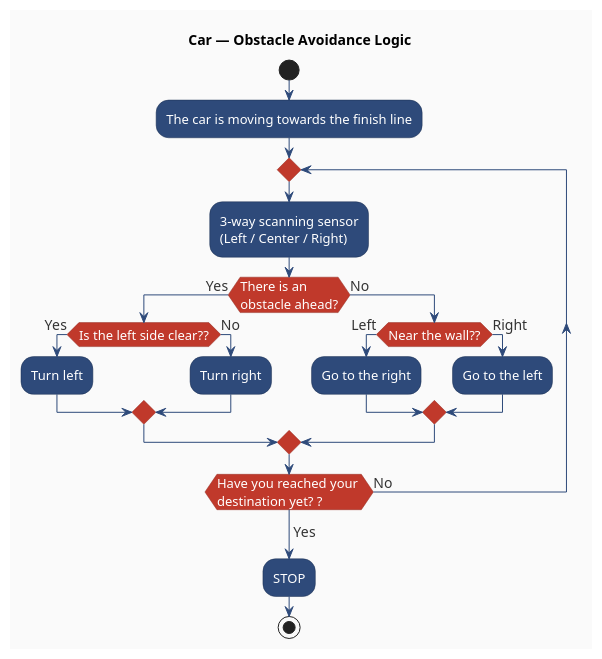
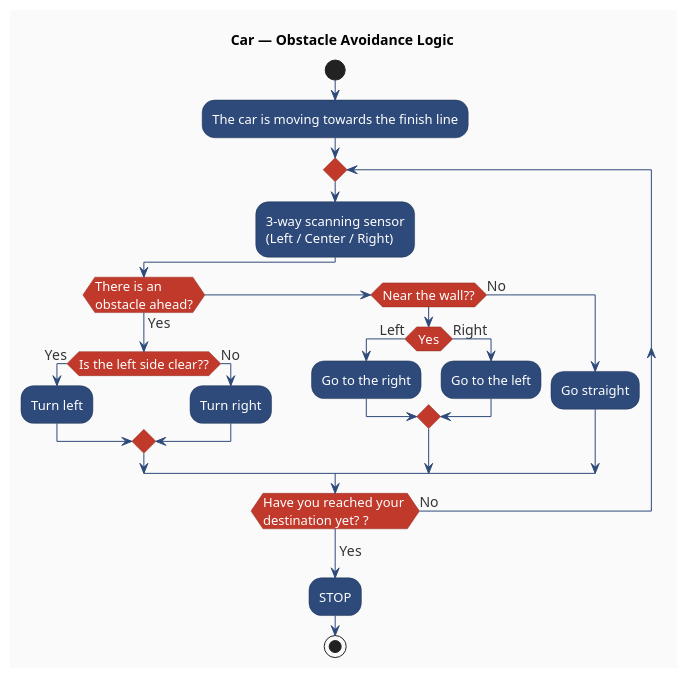
The diagram in Obstacle_Avoidance.puml (NgHuuThuc07/Project_Python_Programming_2), drawn with PlantUML before and after one commit. The commit also changed 1 other file, not shown here.

```diff
--- a/Obstacle_Avoidance.puml
+++ b/Obstacle_Avoidance.puml
@@ -1,59 +1,61 @@
 @startuml Obstacle_Avoidance
 
 title Car — Obstacle Avoidance Logic
 
 skinparam defaultFontName Arial
 skinparam defaultFontSize 14
 skinparam backgroundColor #FAFAFA
 
 skinparam activity {
   BackgroundColor #2E4A7A
   BorderColor #1a2e50
   FontColor #FFFFFF
   FontSize 13
   ArrowColor #2E4A7A
   ArrowFontColor #333333
   DiamondBackgroundColor #c0392b
   DiamondBorderColor #922b21
   DiamondFontColor #FFFFFF
 }
 
 skinparam startColor #27ae60
 skinparam endColor #c0392b
 
 start
 
 :The car is moving towards the finish line;
 
 repeat
 
   :3-way scanning sensor\n(Left / Center / Right);
     if (There is an \nobstacle ahead?) then (Yes)
 
       if (Is the left side clear??) then (Yes)
 
         :Turn left;
 
       else (No)
 
         :Turn right;
       endif
     
-    else (No)
-        if (Near the wall??) then (Left)
+    elseif (Near the wall??)
+        if (Yes) then (Left)
           :Go to the right;
         else (Right)
           :Go to the left;
         endif
+    else(No)
+      :Go straight;
     endif
   
 
 repeat while (Have you reached your \ndestination yet? ?) is (No)
 -> Yes;
 
 :STOP;
 
 stop
 
 
 @enduml
```
